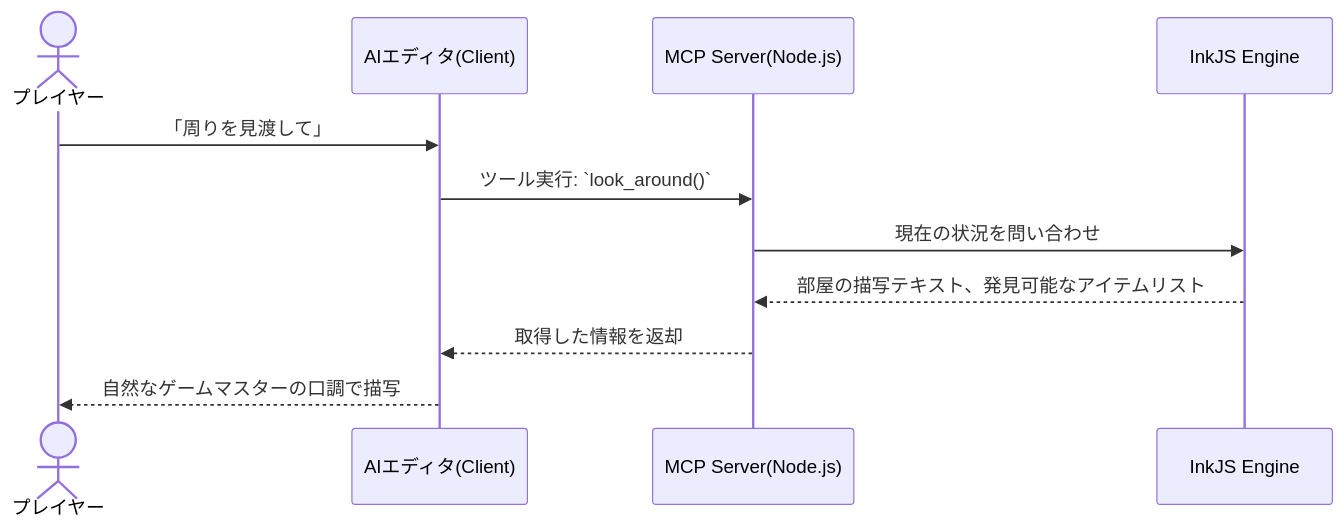
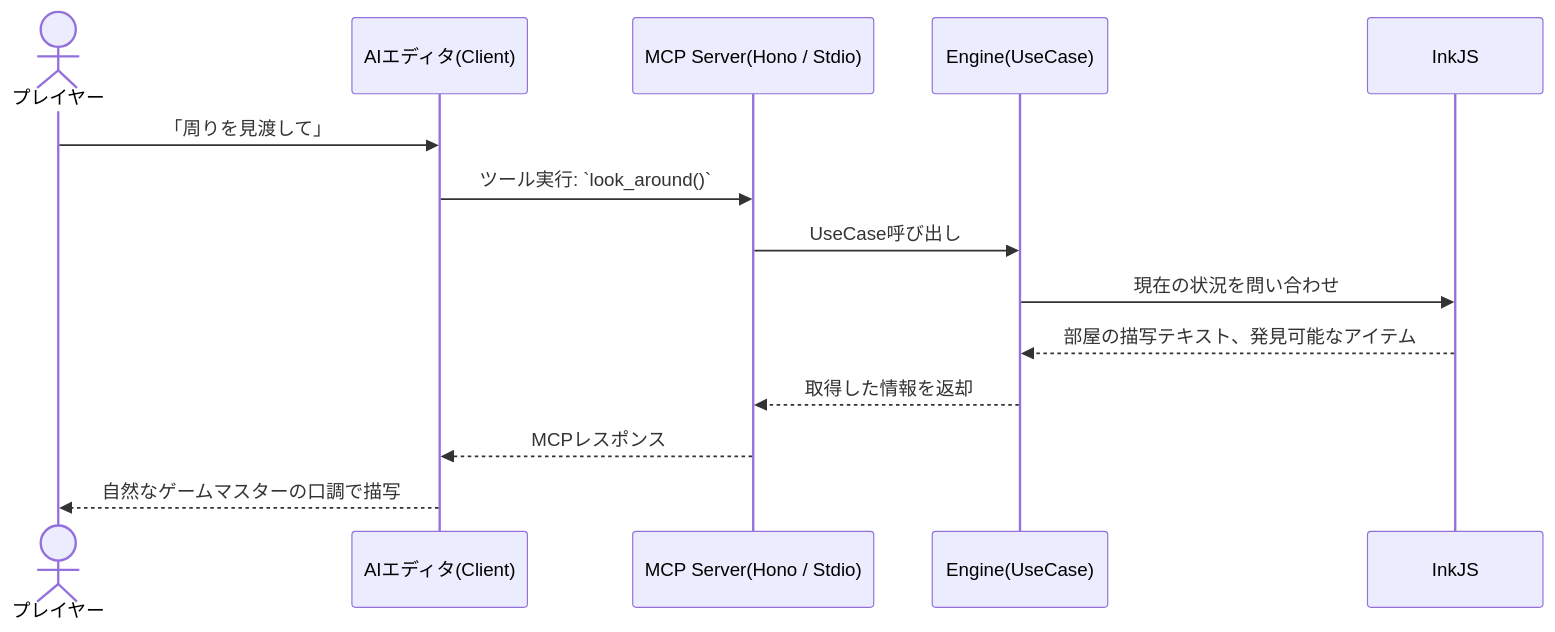
One commit to kackyt/adventure-mcp changed the diagram in docs/02-design/ARCHITECTURE.md. Above: the diagram before and after it, drawn with Mermaid. The commit also changed other lines of this file, not shown here.

Commit message:
feat: ARCHITECTUREをより詳細化

````diff
--- a/docs/02-design/ARCHITECTURE.md
+++ b/docs/02-design/ARCHITECTURE.md
@@ -16,14 +16,17 @@
 ```mermaid
 sequenceDiagram
     actor Player as プレイヤー
     participant AI as AIエディタ(Client)
-    participant MCP as MCP Server(Node.js)
-    participant Ink as InkJS Engine
+    participant MCP as MCP Server(Hono / Stdio)
+    participant Engine as Engine(UseCase)
+    participant Ink as InkJS
 
     Player->>AI: 「周りを見渡して」
     AI->>MCP: ツール実行: `look_around()`
-    MCP->>Ink: 現在の状況を問い合わせ
-    Ink-->>MCP: 部屋の描写テキスト、発見可能なアイテムリスト
-    MCP-->>AI: 取得した情報を返却
+    MCP->>Engine: UseCase呼び出し
+    Engine->>Ink: 現在の状況を問い合わせ
+    Ink-->>Engine: 部屋の描写テキスト、発見可能なアイテム
+    Engine-->>MCP: 取得した情報を返却
+    MCP-->>AI: MCPレスポンス
     AI-->>Player: 自然なゲームマスターの口調で描写
 ```
````
